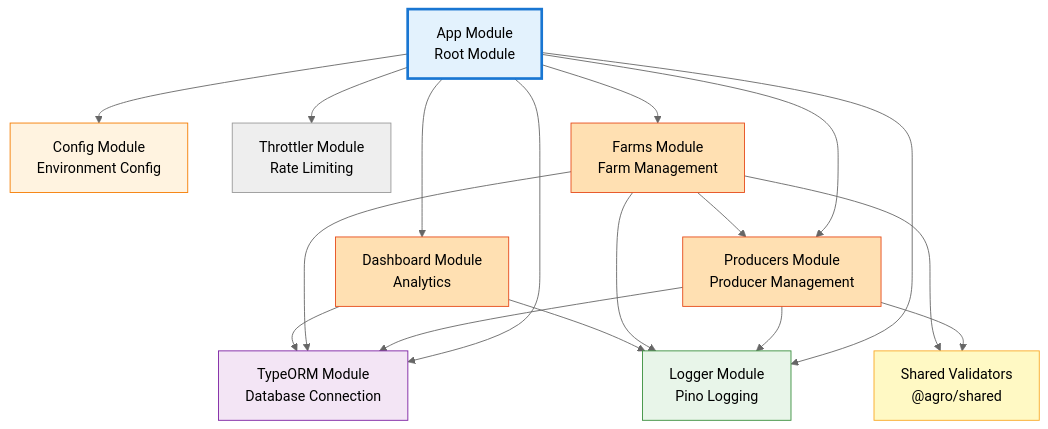
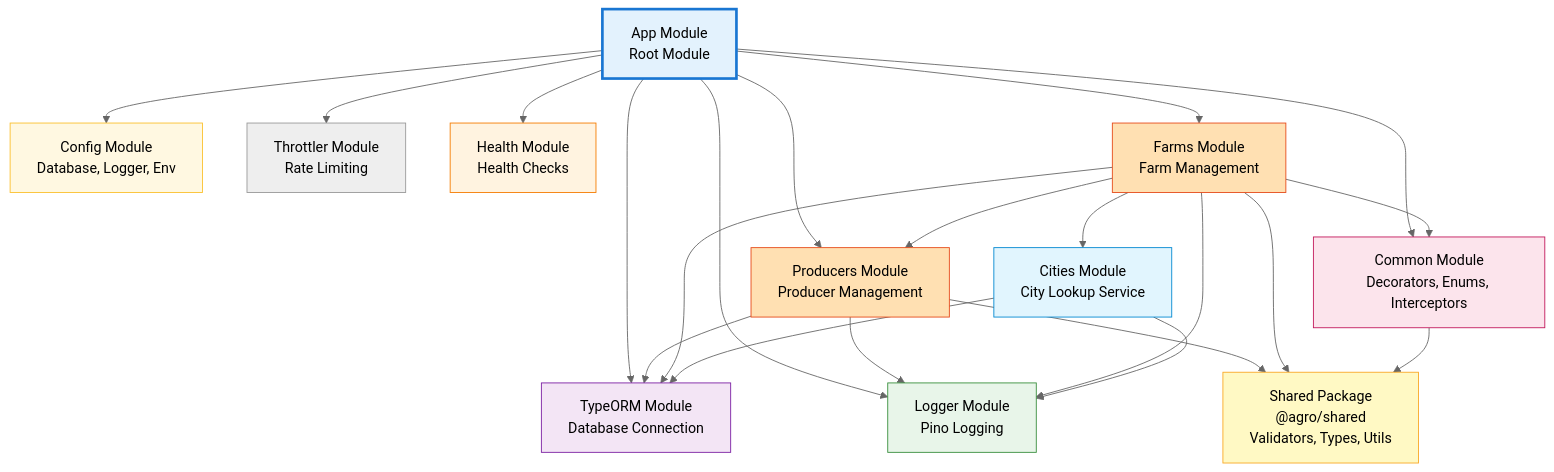
One commit to NivaldoFarias/brain-agro-management changed the eighth of 15 diagrams in docs/ARCHITECTURE.md. Above: the diagram before and after it, drawn with Mermaid (neutral theme). The commit also changed other lines of this file and 80 other files, not shown here.

````diff
--- a/docs/ARCHITECTURE.md
+++ b/docs/ARCHITECTURE.md
@@ -520,44 +531,54 @@
 ```mermaid
 graph TD
     AppModule[App Module<br/>Root Module]
 
-    ConfigModule[Config Module<br/>Environment Config]
+    ConfigModule[Config Module<br/>Database, Logger, Env]
     TypeOrmModule[TypeORM Module<br/>Database Connection]
     LoggerModule[Logger Module<br/>Pino Logging]
     ThrottlerModule[Throttler Module<br/>Rate Limiting]
+    HealthModule[Health Module<br/>Health Checks]
 
     ProducersModule[Producers Module<br/>Producer Management]
     FarmsModule[Farms Module<br/>Farm Management]
-    DashboardModule[Dashboard Module<br/>Analytics]
+    CitiesModule[Cities Module<br/>City Lookup Service]
 
-    SharedValidators[Shared Validators<br/>@agro/shared]
+    CommonModule[Common Module<br/>Decorators, Enums, Interceptors]
+
+    SharedPackage[Shared Package<br/>@agro/shared<br/>Validators, Types, Utils]
 
     AppModule --> ConfigModule
     AppModule --> TypeOrmModule
     AppModule --> LoggerModule
     AppModule --> ThrottlerModule
+    AppModule --> HealthModule
+    AppModule --> CommonModule
     AppModule --> ProducersModule
     AppModule --> FarmsModule
-    AppModule --> DashboardModule
 
     ProducersModule --> TypeOrmModule
     ProducersModule --> LoggerModule
-    ProducersModule --> SharedValidators
+    ProducersModule --> SharedPackage
 
     FarmsModule --> TypeOrmModule
     FarmsModule --> LoggerModule
-    FarmsModule --> SharedValidators
+    FarmsModule --> CitiesModule
     FarmsModule --> ProducersModule
+    FarmsModule --> CommonModule
+    FarmsModule --> SharedPackage
 
-    DashboardModule --> TypeOrmModule
-    DashboardModule --> LoggerModule
+    CitiesModule --> TypeOrmModule
+    CitiesModule --> LoggerModule
+
+    CommonModule --> SharedPackage
 
     style AppModule fill:#e3f2fd,stroke:#1976d2,stroke-width:3px
-    style ConfigModule fill:#fff3e0,stroke:#f57c00
+    style ConfigModule fill:#fff8e1,stroke:#fbc02d
     style TypeOrmModule fill:#f3e5f5,stroke:#7b1fa2
     style LoggerModule fill:#e8f5e9,stroke:#388e3c
+    style CommonModule fill:#fce4ec,stroke:#c2185b
     style ProducersModule fill:#ffe0b2,stroke:#e64a19
     style FarmsModule fill:#ffe0b2,stroke:#e64a19
-    style DashboardModule fill:#ffe0b2,stroke:#e64a19
-    style SharedValidators fill:#fff9c4,stroke:#f9a825
+    style CitiesModule fill:#e1f5fe,stroke:#0288d1
+    style HealthModule fill:#fff3e0,stroke:#f57c00
+    style SharedPackage fill:#fff9c4,stroke:#f9a825
 ```
````
